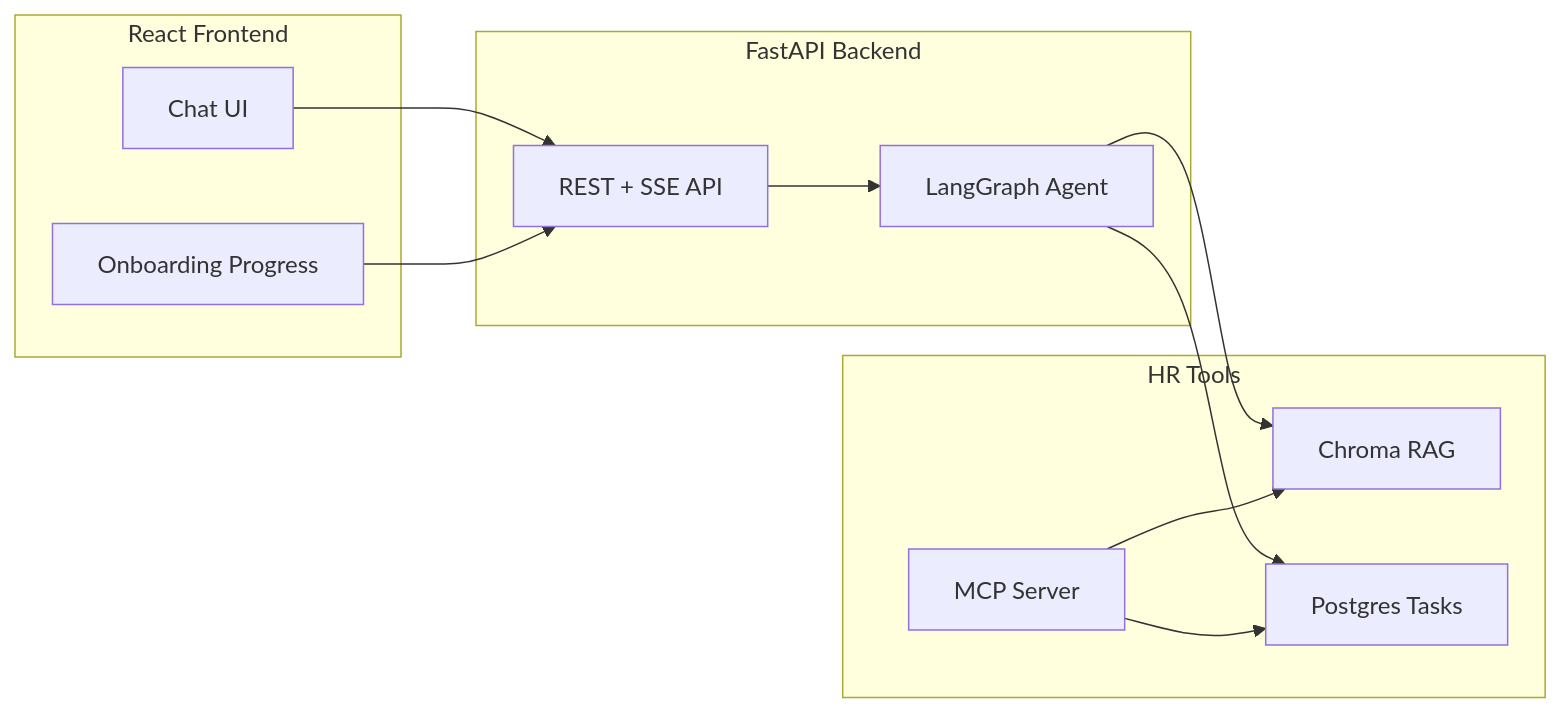
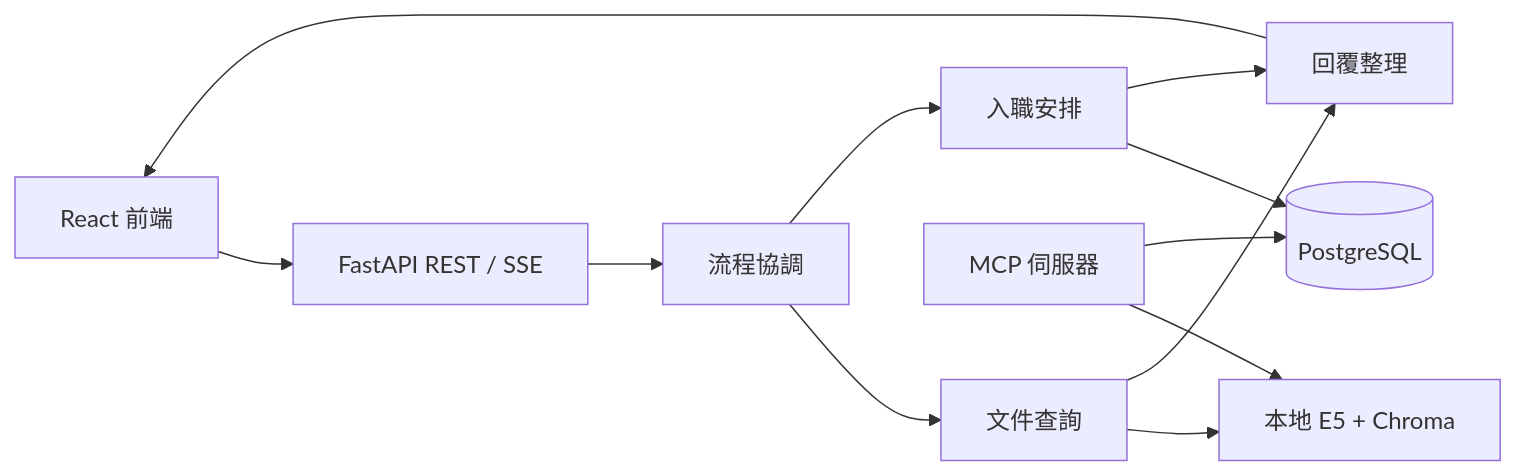
One commit to husky0787/hr-agent changed the diagram in README.md. Above: the diagram before and after it, drawn with Mermaid. The commit also changed other lines of this file and 7 other files, not shown here.

````diff
--- a/README.md
+++ b/README.md
@@ -26,23 +17,14 @@
 ```mermaid
 flowchart LR
-  subgraph frontend [React Frontend]
-    Chat[Chat UI]
-    Progress[Onboarding Progress]
-  end
-  subgraph backend [FastAPI Backend]
-    API[REST + SSE API]
-    Agent[LangGraph Agent]
-  end
-  subgraph tools [HR Tools]
-    MCP[MCP Server]
-    RAG[Chroma RAG]
-    Tasks[Postgres Tasks]
-  end
-  Chat --> API
-  Progress --> API
-  API --> Agent
-  Agent --> RAG
-  Agent --> Tasks
-  MCP --> RAG
-  MCP --> Tasks
+    UI[React 前端] --> API[FastAPI REST / SSE]
+    API --> Router[流程協調]
+    Router --> Research[文件查詢]
+    Router --> Workflow[入職安排]
+    Research --> RAG[本地 E5 + Chroma]
+    Workflow --> DB[(PostgreSQL)]
+    Research --> Answer[回覆整理]
+    Workflow --> Answer
+    Answer --> UI
+    MCP[MCP 伺服器] --> RAG
+    MCP --> DB
 ```
````
